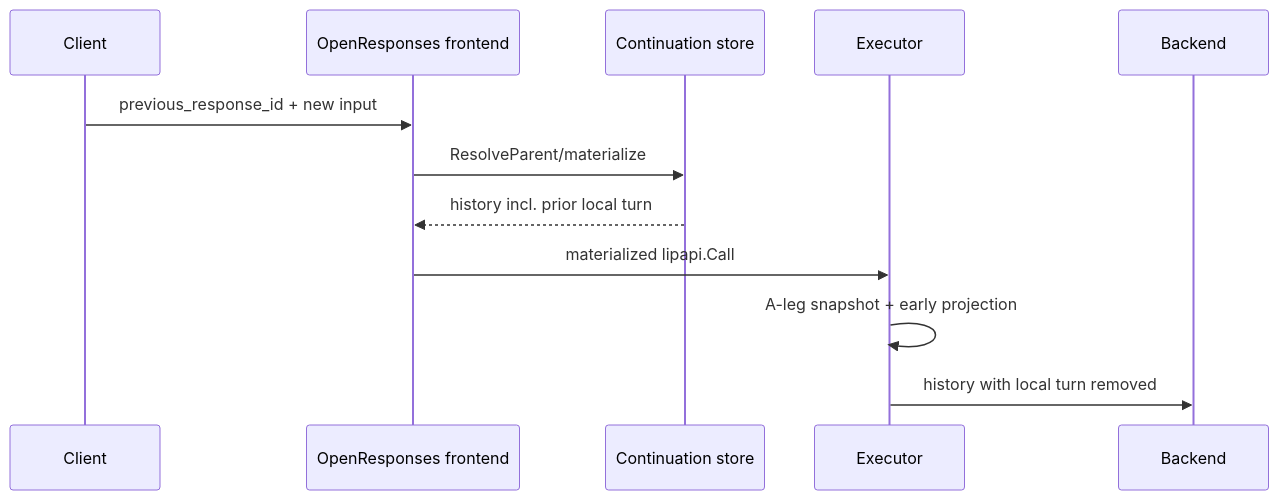
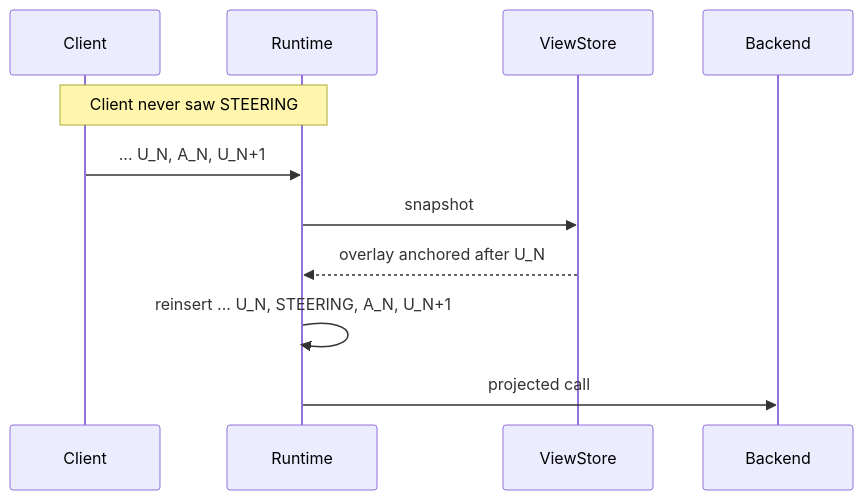
Before and after one commit to matdev83/go-llm-interactive-proxy: the fifth of 6 diagrams in .kiro/specs/non-forwardable-conversation-content/design.md, drawn with Mermaid. The commit also changed other lines of this file and 7 other files, not shown here.

````diff
--- a/.kiro/specs/non-forwardable-conversation-content/design.md
+++ b/.kiro/specs/non-forwardable-conversation-content/design.md
@@ -679,15 +541,14 @@
 ```mermaid
 sequenceDiagram
     participant C as Client
-    participant O as OpenResponses frontend
-    participant CS as Continuation store
-    participant E as Executor
+    participant R as Runtime
+    participant V as ViewStore
     participant B as Backend
 
-    C->>O: previous_response_id + new input
-    O->>CS: ResolveParent/materialize
-    CS-->>O: history incl. prior local turn
-    O->>E: materialized lipapi.Call
-    E->>E: A-leg snapshot + early projection
-    E->>B: history with local turn removed
+    Note over C,R: Client never saw STEERING
+    C->>R: ... U_N, A_N, U_N+1
+    R->>V: snapshot
+    V-->>R: overlay anchored after U_N
+    R->>R: reinsert ... U_N, STEERING, A_N, U_N+1
+    R->>B: projected call
 ```
````
